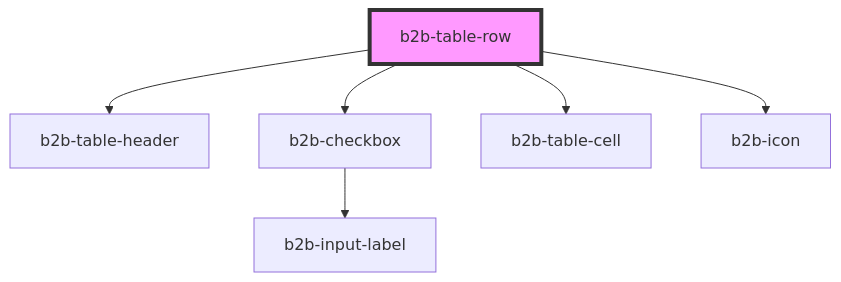
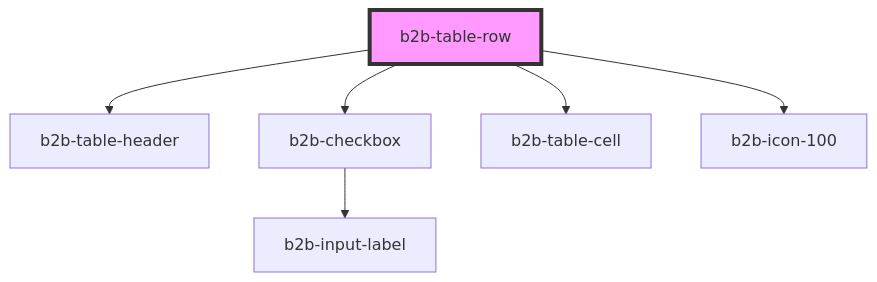
Before and after one commit to otto-de/b2b-design-system: the diagram in packages/core-components/src/components/table/table-row/readme.md, drawn with Mermaid. The commit also changed other lines of this file and 41 other files, not shown here.

````diff
--- a/packages/core-components/src/components/table/table-row/readme.md
+++ b/packages/core-components/src/components/table/table-row/readme.md
@@ -56,9 +56,9 @@
 ```mermaid
 graph TD;
   b2b-table-row --> b2b-table-header
   b2b-table-row --> b2b-checkbox
   b2b-table-row --> b2b-table-cell
-  b2b-table-row --> b2b-icon
+  b2b-table-row --> b2b-icon-100
   b2b-checkbox --> b2b-input-label
   style b2b-table-row fill:#f9f,stroke:#333,stroke-width:4px
 ```
````
